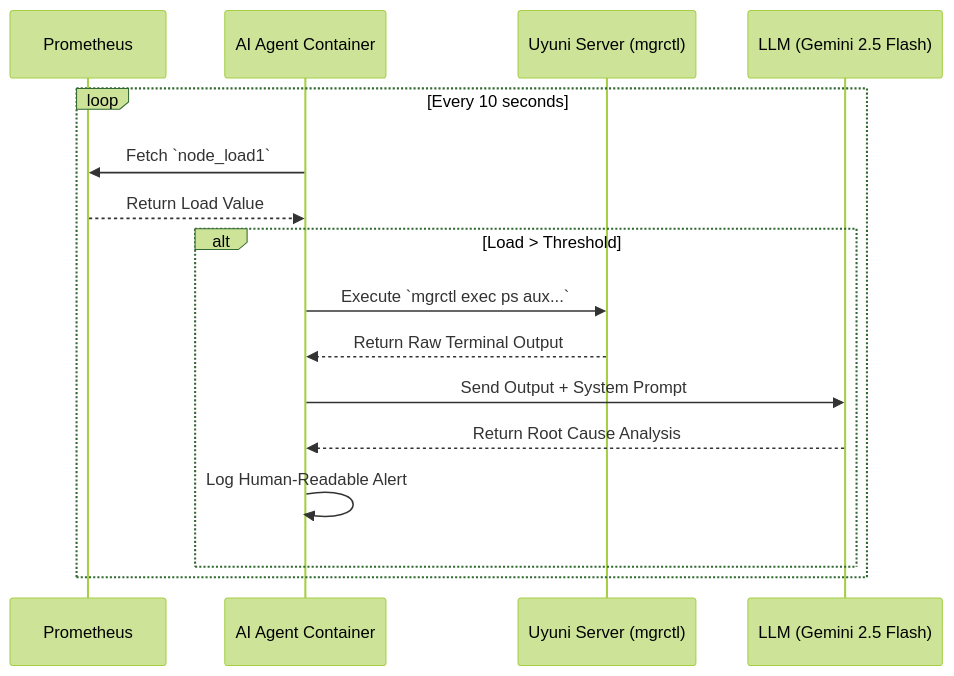
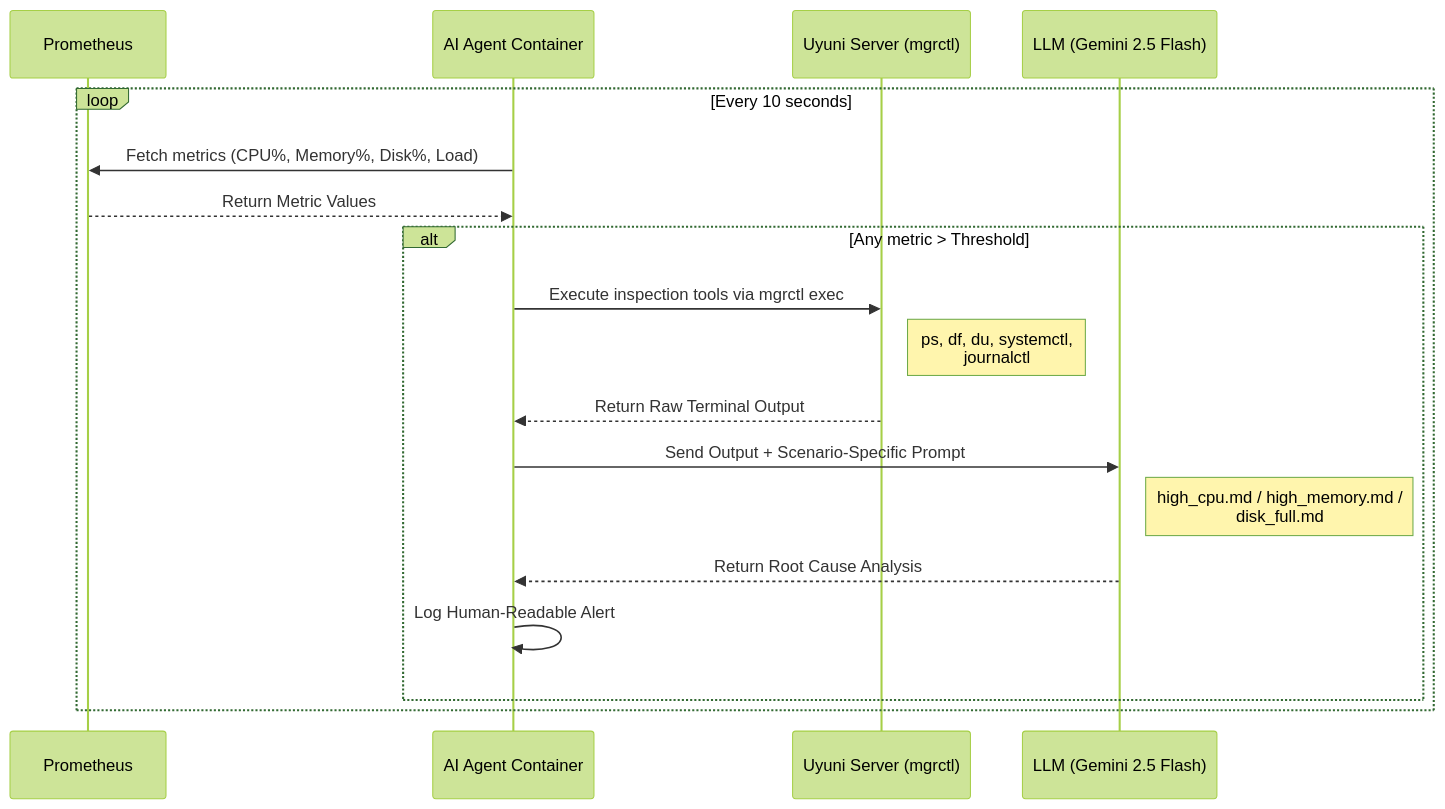
One commit to YatesMold/uyuni-ai-agent-poc changed the diagram in README.md. Above: the diagram before and after it, drawn with Mermaid (forest theme). The commit also changed other lines of this file and 17 other files, not shown here.

First line of the commit message:
feat: add multi-metric monitoring, mgrctl inspection tools, and scenario prompts

````diff
--- a/README.md
+++ b/README.md
@@ -13,20 +13,22 @@
 ```mermaid
 sequenceDiagram
     participant P as Prometheus
     participant A as AI Agent Container
     participant M as Uyuni Server (mgrctl)
     participant L as LLM (Gemini 2.5 Flash)
 
     loop Every 10 seconds
-        A->>P: Fetch `node_load1`
-        P-->>A: Return Load Value
+        A->>P: Fetch metrics (CPU%, Memory%, Disk%, Load)
+        P-->>A: Return Metric Values
 
-        alt Load > Threshold
-            A->>M: Execute `mgrctl exec ps aux...`
+        alt Any metric > Threshold
+            A->>M: Execute inspection tools via mgrctl exec
+            Note right of M: ps, df, du, systemctl,<br/>journalctl
             M-->>A: Return Raw Terminal Output
-            A->>L: Send Output + System Prompt
+            A->>L: Send Output + Scenario-Specific Prompt
+            Note right of L: high_cpu.md / high_memory.md /<br/>disk_full.md
             L-->>A: Return Root Cause Analysis
             A->>A: Log Human-Readable Alert
         end
     end
 ```
````
